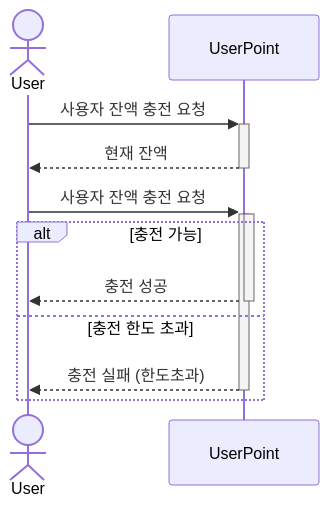
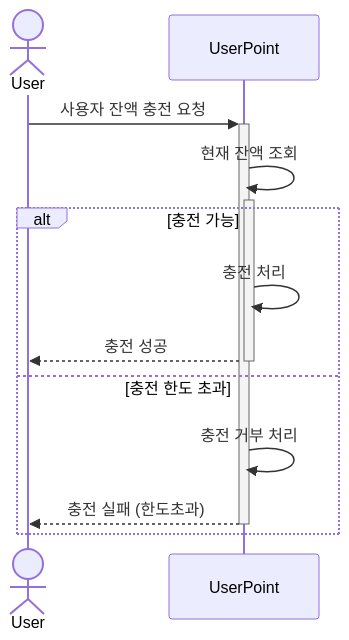
One commit to Ssoyoung-J/e-commerce-service changed the second of 9 diagrams in docs/SequenceDiagram.md. Above: the diagram before and after it, drawn with Mermaid. The commit also changed other lines of this file, not shown here.

Commit message:
docs: SequenceDiagram 2.0

````diff
--- a/docs/SequenceDiagram.md
+++ b/docs/SequenceDiagram.md
@@ -12,16 +13,15 @@
 ```mermaid
 sequenceDiagram
     actor User
     participant UserPoint
 
     User ->>+ UserPoint: 사용자 잔액 충전 요청
-    UserPoint -->>- User: 현재 잔액
-
-    User ->>+ UserPoint: 사용자 잔액 충전 요청
-    activate UserPoint
+    UserPoint ->>+ UserPoint: 현재 잔액 조회
     alt 충전 가능
-        UserPoint -->>- User: 충전 성공 
+        UserPoint ->> UserPoint : 충전 처리
+        UserPoint -->>- User: 충전 성공
     else 충전 한도 초과
-        UserPoint -->>- User: 충전 실패 (한도초과) 
+        UserPoint ->> UserPoint : 충전 거부 처리
+        UserPoint -->>- User: 충전 실패 (한도초과)
     end
 ```
````
